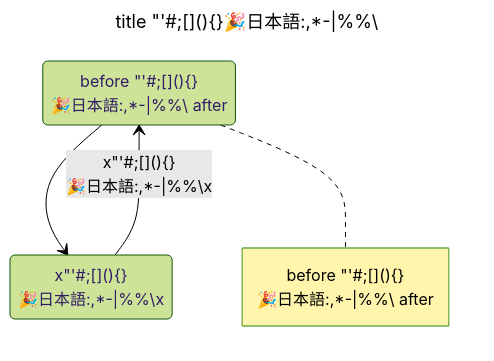
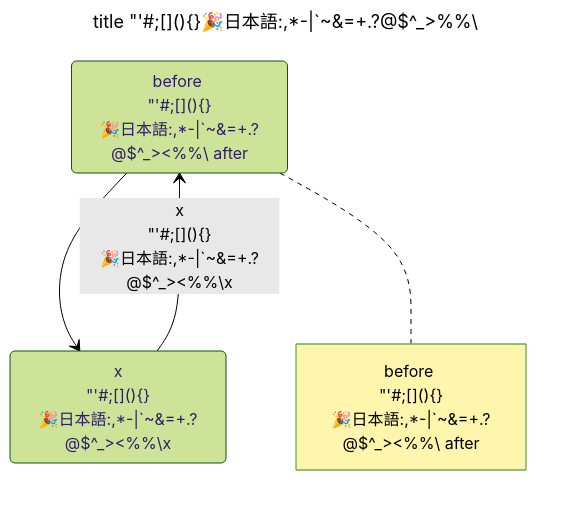
Before and after one commit to nao1215/markdown: the diagram in doc/edgecase/state.md, drawn with Mermaid (forest theme). The commit also changed other lines of this file and 86 other files, not shown here.

First line of the commit message:
fix(mermaid): escape the labels the extended probe set found unreadable (#188)

````diff
--- a/doc/edgecase/state.md
+++ b/doc/edgecase/state.md
@@ -5,11 +5,11 @@
 ```mermaid
 ---
-title: "title \"'#;[](){}🎉日本語:,*-|%%\\"
+title: "title \"'#;[](){}🎉日本語:,*-|`~&=+.?@$^_>%%\\"
 ---
 stateDiagram-v2
-    Draft : before "'##59;[](){}<br/>🎉日本語:,*-|%%\ after
-    Placed : x"'##59;[](){}<br/>🎉日本語:,*-|%%\x
+    Draft : before <br/>"'##59;[](){}<br/>🎉日本語:,*-|`~&=+.?@$^_><%%\ after
+    Placed : x<br/>"'##59;[](){}<br/>🎉日本語:,*-|`~&=+.?@$^_><%%\x
     Draft --> Placed
-    Placed --> Draft : x"'##59;[](){}<br/>🎉日本語:,*-|%%\x
-    note right of Draft : before "'##59;[](){}<br/>🎉日本語#58;,*-|%%\ after
+    Placed --> Draft : x<br/>"'##59;[](){}<br/>🎉日本語:,*-|`~&=+.?@$^_><%%\x
+    note right of Draft : before <br/>"'##59;[](){}<br/>🎉日本語#58;,*-|`~&=+.?@$^_><%%\ after
 ```
````
